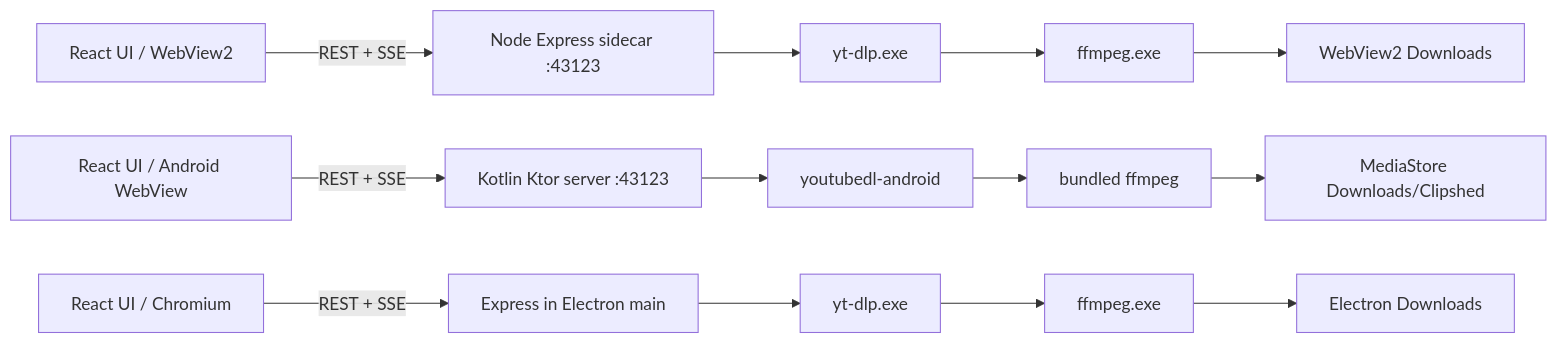
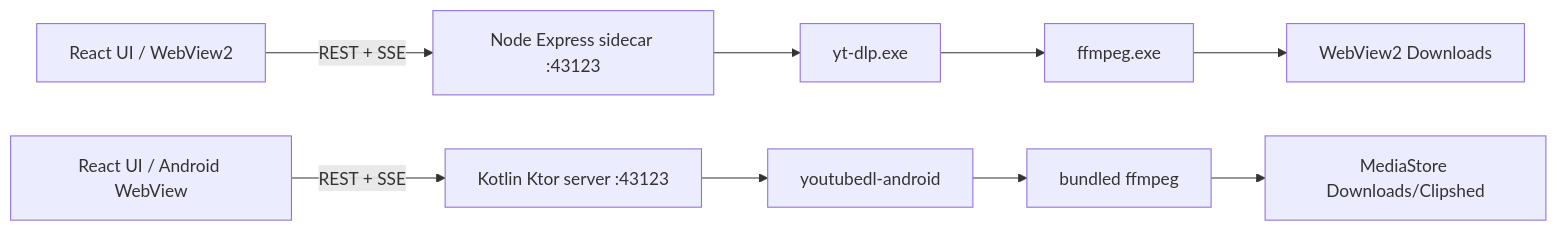
One commit to ivsharma/clipshed changed the diagram in docs/README_TECHNICAL.md. Above: the diagram before and after it, drawn with Mermaid. The commit also changed other lines of this file and 15 other files, not shown here.

````diff
--- a/docs/README_TECHNICAL.md
+++ b/docs/README_TECHNICAL.md
@@ -227,11 +194,8 @@
 ```mermaid
 flowchart LR
   WUI["React UI / WebView2"] -->|REST + SSE| WAPI["Node Express sidecar :43123"]
   WAPI --> WYT["yt-dlp.exe"] --> WFF["ffmpeg.exe"] --> WSAVE["WebView2 Downloads"]
 
   AUI["React UI / Android WebView"] -->|REST + SSE| AAPI["Kotlin Ktor server :43123"]
   AAPI --> AYT["youtubedl-android"] --> AFF["bundled ffmpeg"] --> AMS["MediaStore Downloads/Clipshed"]
-
-  EUI["React UI / Chromium"] -->|REST + SSE| EAPI["Express in Electron main"]
-  EAPI --> EYT["yt-dlp.exe"] --> EFF["ffmpeg.exe"] --> ESAVE["Electron Downloads"]
 ```
````
